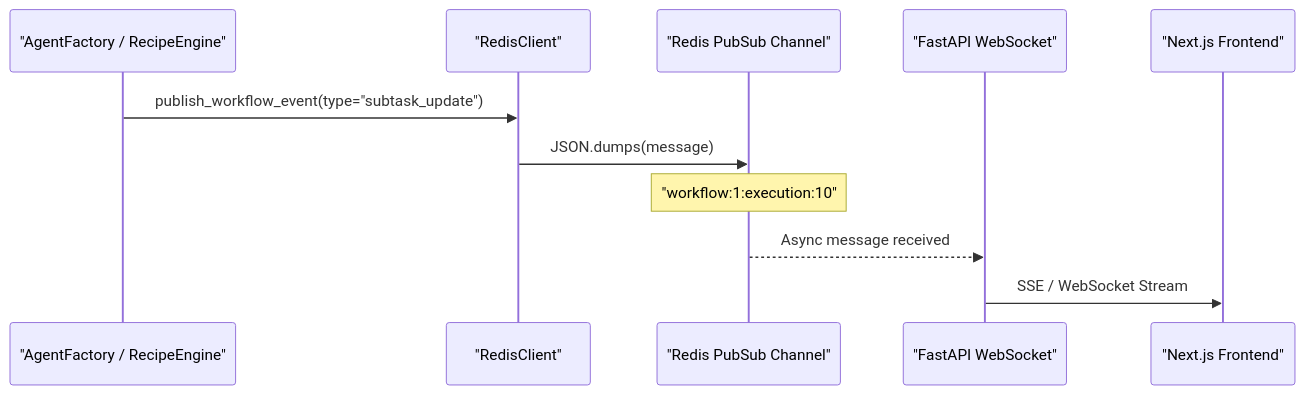
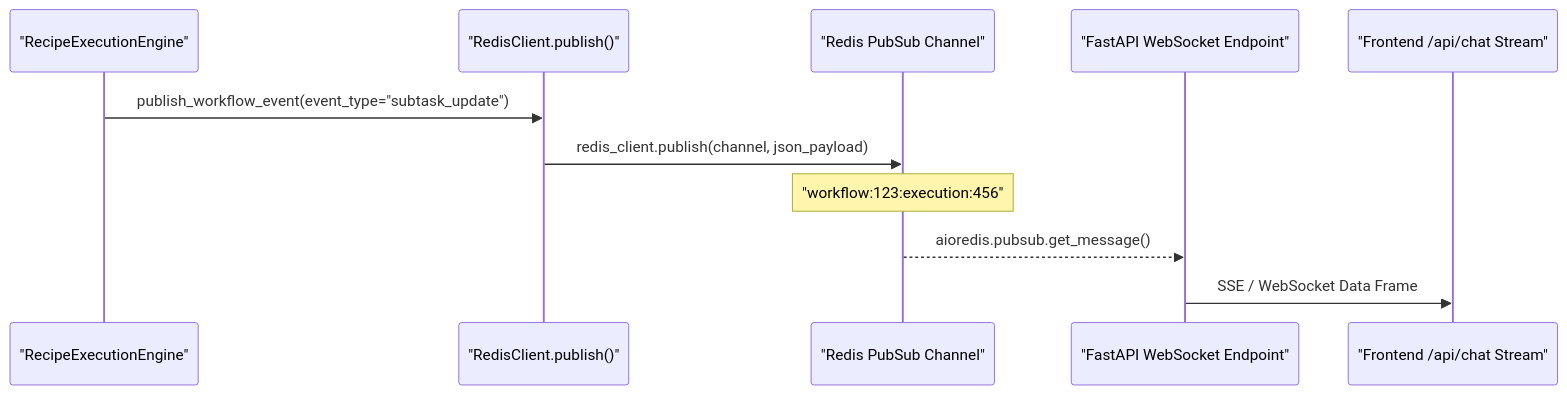
The second of 2 diagrams in docs/deployment-infrastructure/redis-configuration.md (AutomatosAI/automatos-ai), drawn with Mermaid before and after one commit. The commit also changed other lines of this file and 153 other files, not shown here.

````diff
--- a/docs/deployment-infrastructure/redis-configuration.md
+++ b/docs/deployment-infrastructure/redis-configuration.md
@@ -159,14 +126,14 @@
 ```mermaid
 sequenceDiagram
-    participant EF as "AgentFactory / RecipeEngine"
-    participant RC as "RedisClient"
+    participant RE as "RecipeExecutionEngine"
+    participant RC as "RedisClient.publish()"
     participant RPub as "Redis PubSub Channel"
-    participant WS as "FastAPI WebSocket"
-    participant FE as "Next.js Frontend"
+    participant WS as "FastAPI WebSocket Endpoint"
+    participant FE as "Frontend /api/chat Stream"
 
-    EF->>RC: publish_workflow_event(type="subtask_update")
-    RC->>RPub: JSON.dumps(message)
-    Note over RPub: "workflow:1:execution:10"
-    RPub-->>WS: Async message received
-    WS->>FE: SSE / WebSocket Stream
+    RE->>RC: publish_workflow_event(event_type="subtask_update")
+    RC->>RPub: redis_client.publish(channel, json_payload)
+    Note over RPub: "workflow:123:execution:456"
+    RPub-->>WS: aioredis.pubsub.get_message()
+    WS->>FE: SSE / WebSocket Data Frame
 ```
````
